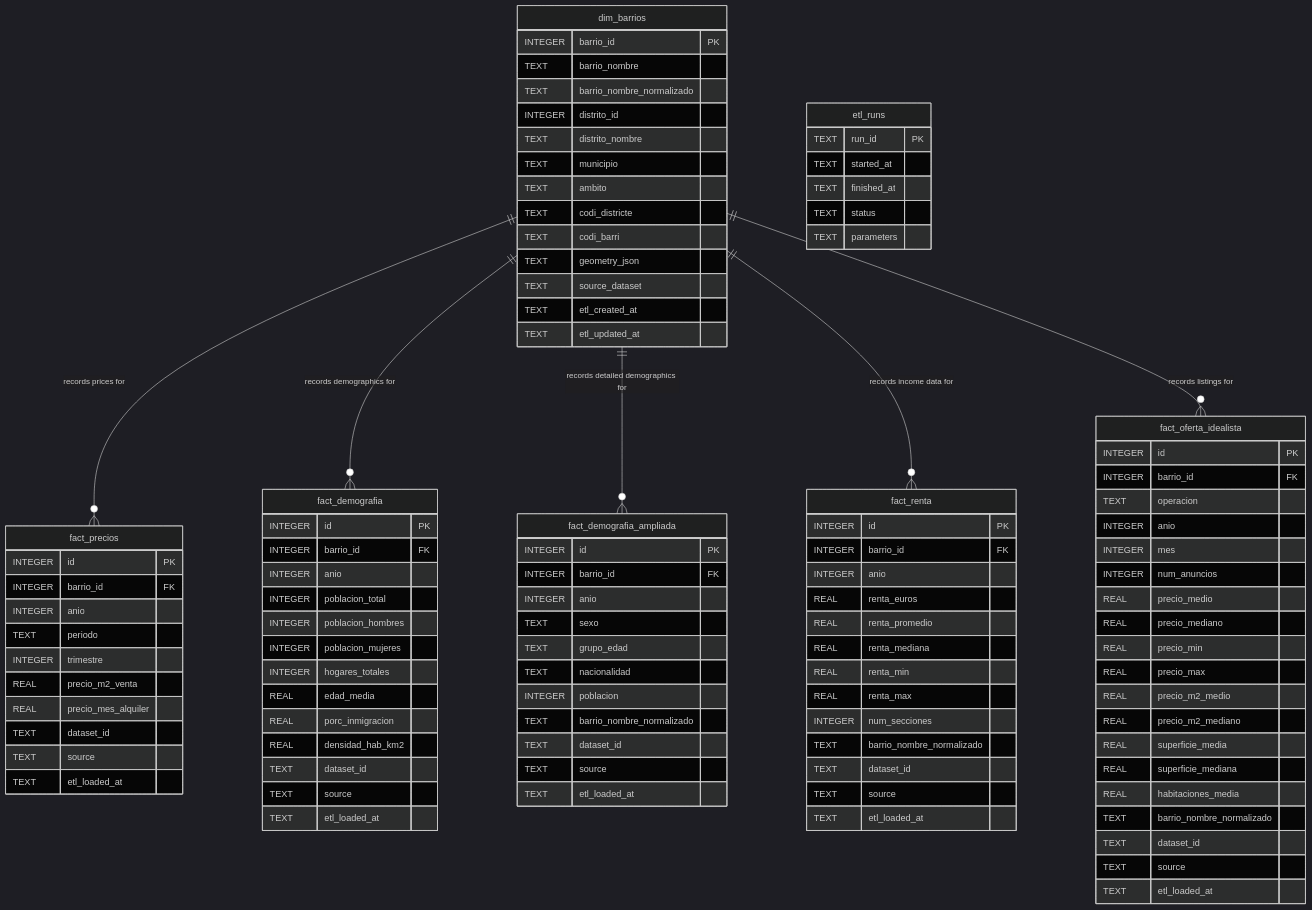
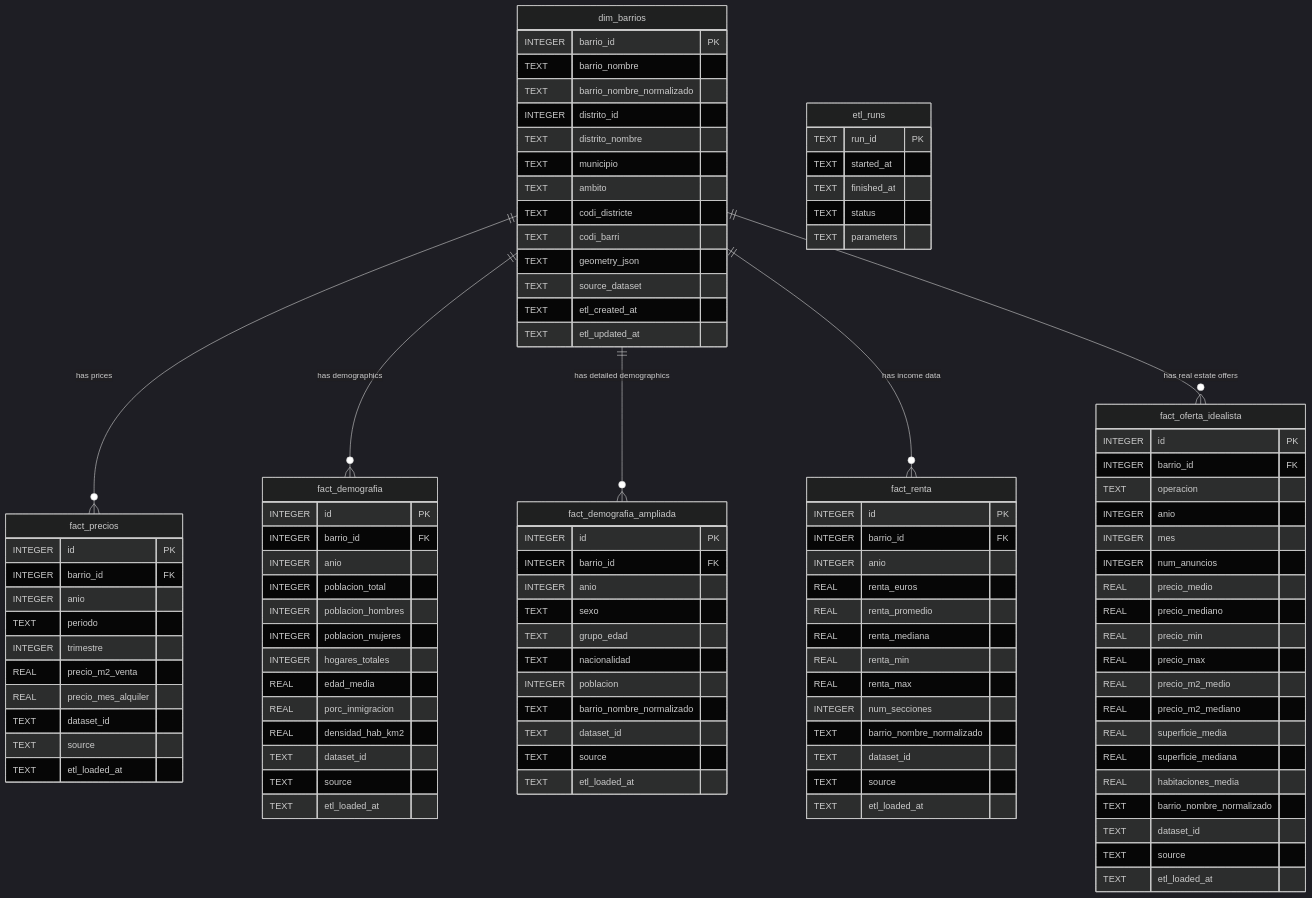
Before and after one commit to prototyp33/barcelona-housing-demographics-analyzer: the diagram in wireframes/schema_erd.mermaid, drawn with Mermaid (dark theme). The commit also changed 30 other files, not shown here.

```diff
--- a/wireframes/schema_erd.mermaid
+++ b/wireframes/schema_erd.mermaid
@@ -1,113 +1,113 @@
 erDiagram
     %% Barcelona Housing Market - Entity Relationship Diagram
 
     dim_barrios {
         INTEGER barrio_id PK
         TEXT barrio_nombre
         TEXT barrio_nombre_normalizado
         INTEGER distrito_id
         TEXT distrito_nombre
         TEXT municipio
         TEXT ambito
         TEXT codi_districte
         TEXT codi_barri
         TEXT geometry_json
         TEXT source_dataset
         TEXT etl_created_at
         TEXT etl_updated_at
     }
 
     fact_precios {
         INTEGER id PK
         INTEGER barrio_id FK
         INTEGER anio
         TEXT periodo
         INTEGER trimestre
         REAL precio_m2_venta
         REAL precio_mes_alquiler
         TEXT dataset_id
         TEXT source
         TEXT etl_loaded_at
     }
 
     fact_demografia {
         INTEGER id PK
         INTEGER barrio_id FK
         INTEGER anio
         INTEGER poblacion_total
         INTEGER poblacion_hombres
         INTEGER poblacion_mujeres
         INTEGER hogares_totales
         REAL edad_media
         REAL porc_inmigracion
         REAL densidad_hab_km2
         TEXT dataset_id
         TEXT source
         TEXT etl_loaded_at
     }
 
     fact_demografia_ampliada {
         INTEGER id PK
         INTEGER barrio_id FK
         INTEGER anio
         TEXT sexo
         TEXT grupo_edad
         TEXT nacionalidad
         INTEGER poblacion
         TEXT barrio_nombre_normalizado
         TEXT dataset_id
         TEXT source
         TEXT etl_loaded_at
     }
 
     fact_renta {
         INTEGER id PK
         INTEGER barrio_id FK
         INTEGER anio
         REAL renta_euros
         REAL renta_promedio
         REAL renta_mediana
         REAL renta_min
         REAL renta_max
         INTEGER num_secciones
         TEXT barrio_nombre_normalizado
         TEXT dataset_id
         TEXT source
         TEXT etl_loaded_at
     }
 
     fact_oferta_idealista {
         INTEGER id PK
         INTEGER barrio_id FK
         TEXT operacion
         INTEGER anio
         INTEGER mes
         INTEGER num_anuncios
         REAL precio_medio
         REAL precio_mediano
         REAL precio_min
         REAL precio_max
         REAL precio_m2_medio
         REAL precio_m2_mediano
         REAL superficie_media
         REAL superficie_mediana
         REAL habitaciones_media
         TEXT barrio_nombre_normalizado
         TEXT dataset_id
         TEXT source
         TEXT etl_loaded_at
     }
 
     etl_runs {
         TEXT run_id PK
         TEXT started_at
         TEXT finished_at
         TEXT status
         TEXT parameters
     }
 
-    dim_barrios ||--o{ fact_precios : "records prices for"
-    dim_barrios ||--o{ fact_demografia : "records demographics for"
-    dim_barrios ||--o{ fact_demografia_ampliada : "records detailed demographics for"
-    dim_barrios ||--o{ fact_renta : "records income data for"
-    dim_barrios ||--o{ fact_oferta_idealista : "records listings for"
+    dim_barrios ||--o{ fact_precios : "has prices"
+    dim_barrios ||--o{ fact_demografia : "has demographics"
+    dim_barrios ||--o{ fact_demografia_ampliada : "has detailed demographics"
+    dim_barrios ||--o{ fact_renta : "has income data"
+    dim_barrios ||--o{ fact_oferta_idealista : "has real estate offers"
```
